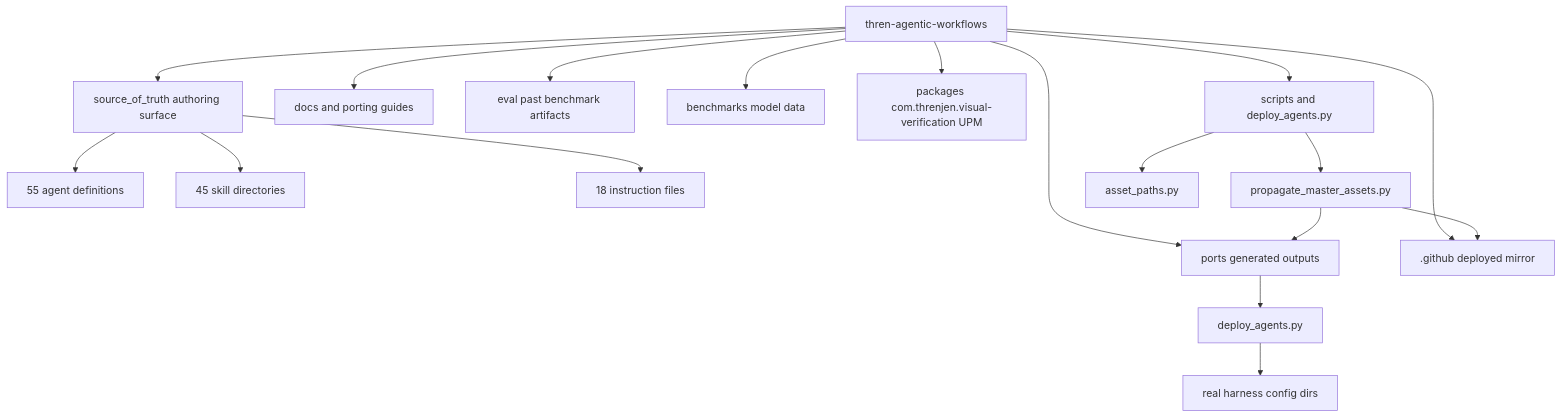
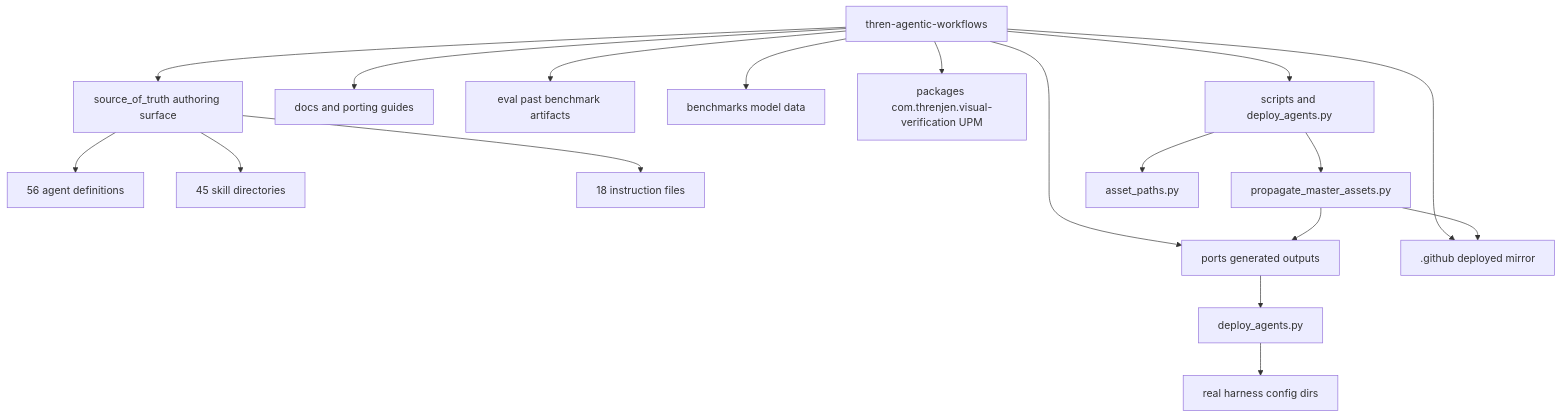
Before and after one commit to threnjen/thren-agentic-workflows: the first of 4 diagrams in docs/ARCHITECTURE.md, drawn with Mermaid. The commit also changed other lines of this file and 50 other files, not shown here.

````diff
--- a/docs/ARCHITECTURE.md
+++ b/docs/ARCHITECTURE.md
@@ -22,24 +22,24 @@
 ```mermaid
 flowchart TD
     Root[thren-agentic-workflows]
 
     Root --> SOT[source_of_truth authoring surface]
     Root --> Ports[ports generated outputs]
     Root --> DotGithub[.github deployed mirror]
     Root --> Docs[docs and porting guides]
     Root --> Eval[eval past benchmark artifacts]
     Root --> Bench[benchmarks model data]
     Root --> Pkg[packages com.threnjen.visual-verification UPM]
     Root --> Scripts[scripts and deploy_agents.py]
 
-    SOT --> Agents[55 agent definitions]
+    SOT --> Agents[56 agent definitions]
     SOT --> Skills[45 skill directories]
     SOT --> Instructions[18 instruction files]
 
     Scripts --> Propagate[propagate_master_assets.py]
     Scripts --> Shared[asset_paths.py]
     Propagate --> Ports
     Propagate --> DotGithub
     Deploy[deploy_agents.py] --> RealDirs[real harness config dirs]
     Ports --> Deploy
 ```
````
